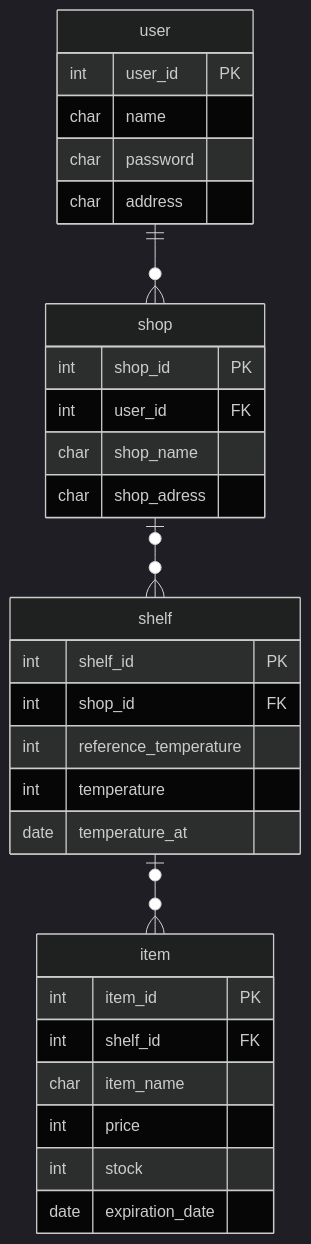
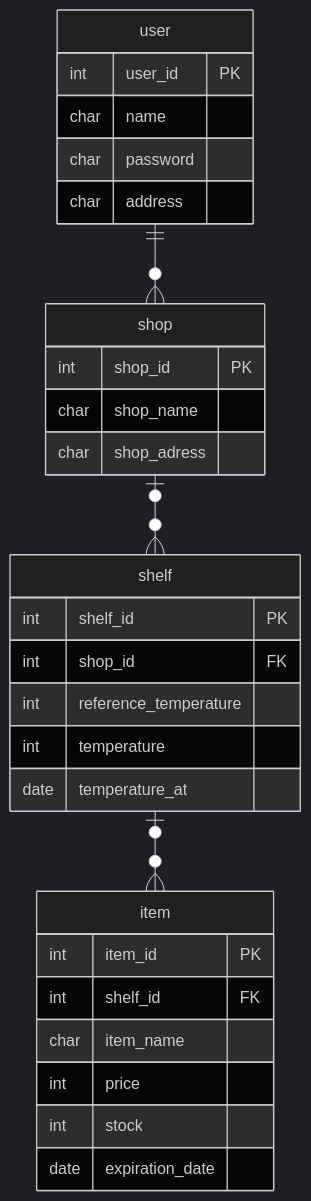
Before and after one commit to Itsuki1031/test: the diagram in README.md, drawn with Mermaid (dark theme).

````diff
--- a/README.md
+++ b/README.md
@@ -5,37 +5,36 @@
 ```mermaid
 erDiagram
 user {
     int user_id PK
     char name
     char password
     char address
 }
 
 shop {
     int shop_id PK
-    int user_id FK
     char shop_name
     char shop_adress
 }
 
 shelf {
     int shelf_id PK
     int shop_id FK
     int reference_temperature
     int temperature
     date temperature_at
 }
 
 item {
     int item_id PK
     int shelf_id FK
     char item_name
     int price
     int stock
     date expiration_date
 }
 
 user ||--o{ shop : ""
 shop |o--o{ shelf : ""
 shelf |o--o{ item : ""
 ```
````
